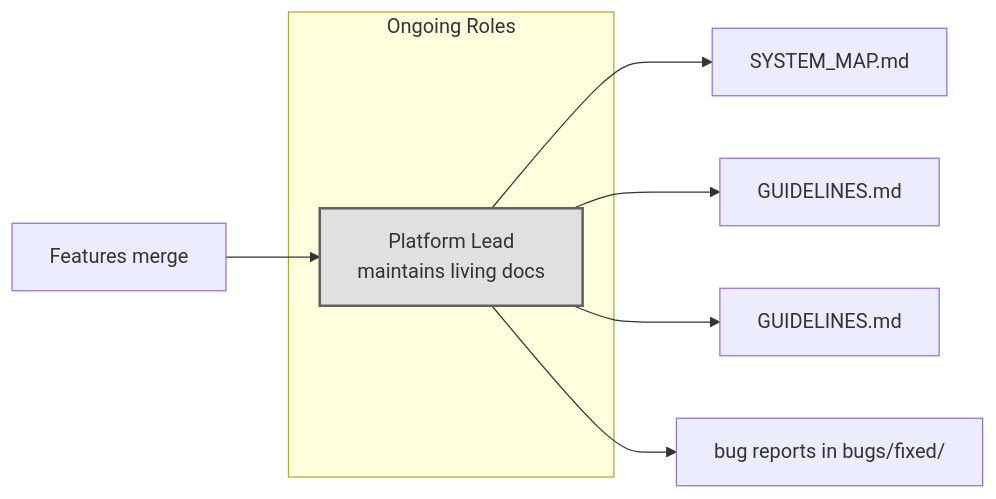
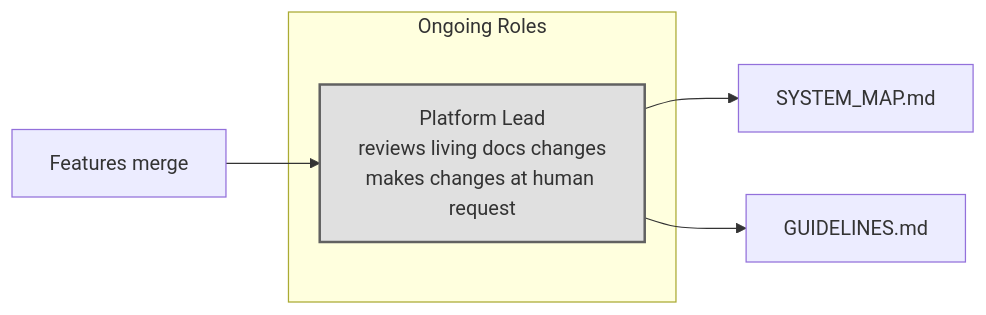
Before and after one commit to abstractionlair/dev_workflow_meta: the seventh of 9 diagrams in workflow-diagram.md, drawn with Mermaid. The commit also changed other lines of this file and 2 other files, not shown here.

````diff
--- a/workflow-diagram.md
+++ b/workflow-diagram.md
@@ -483,14 +483,12 @@
 ```mermaid
 flowchart LR
     subgraph Continuous["Ongoing Roles"]
-        PL[Platform Lead<br/>maintains living docs]
+        PL[Platform Lead<br/>reviews living docs changes<br/>makes changes at human request]
     end
     
     FEATURES[Features merge] --> PL
     PL --> SM[SYSTEM_MAP.md]
     PL --> PAT[GUIDELINES.md]
-    PL --> RU[GUIDELINES.md]
-    PL --> BL[bug reports in bugs/fixed/]
        
     style PL fill:#e0e0e0,stroke:#616161,stroke-width:2px
 ```
````
